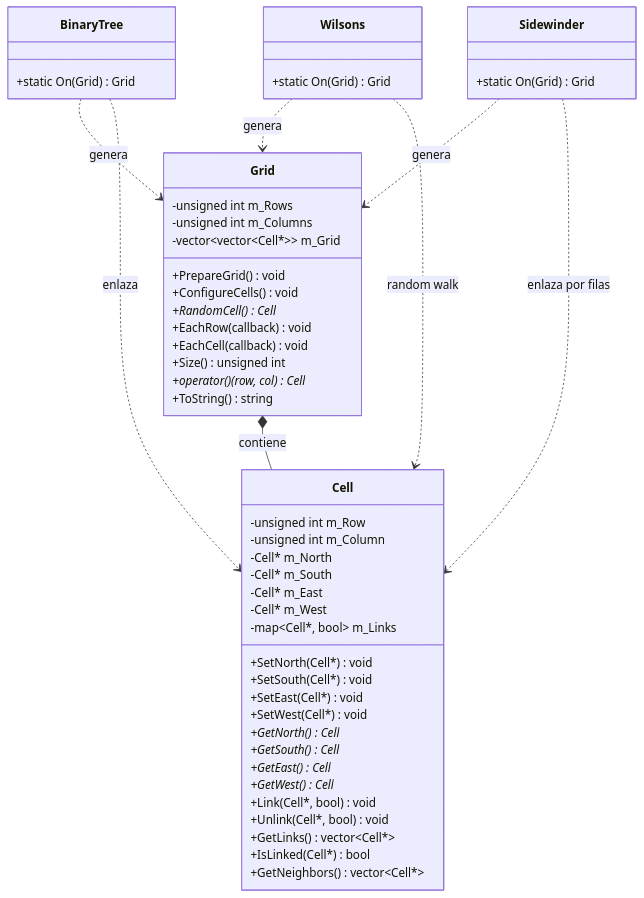
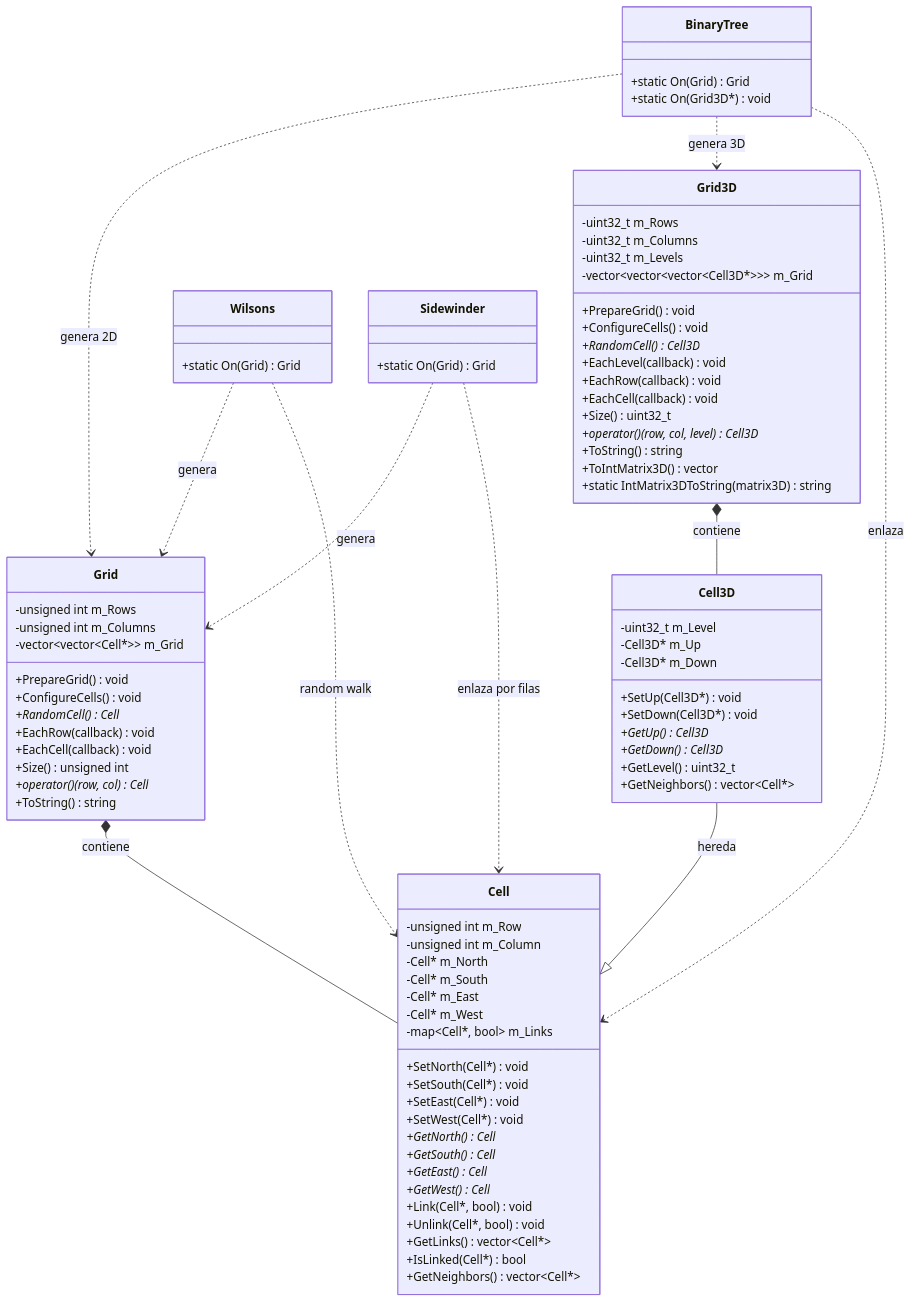
One commit to Tanque40/Lore changed the third of 7 diagrams in README.md. Above: the diagram before and after it, drawn with Mermaid. The commit also changed other lines of this file, not shown here.

Commit message:
Update README.md: Enhance engine description, add details on PerspectiveCamera and Grid3D, and clarify maze generation algorithms. Include new SVO module structure and class descriptions.

```diff
--- a/README.md
+++ b/README.md
@@ -493,6 +540,18 @@
         +GetNeighbors() vector~Cell*~
     }
 
+    class Cell3D {
+        -uint32_t m_Level
+        -Cell3D* m_Up
+        -Cell3D* m_Down
+        +SetUp(Cell3D*) void
+        +SetDown(Cell3D*) void
+        +GetUp() Cell3D*
+        +GetDown() Cell3D*
+        +GetLevel() uint32_t
+        +GetNeighbors() vector~Cell*~
+    }
+
     class Grid {
         -unsigned int m_Rows
         -unsigned int m_Columns
@@ -507,8 +566,27 @@
         +ToString() string
     }
 
+    class Grid3D {
+        -uint32_t m_Rows
+        -uint32_t m_Columns
+        -uint32_t m_Levels
+        -vector~vector~vector~Cell3D*~~~ m_Grid
+        +PrepareGrid() void
+        +ConfigureCells() void
+        +RandomCell() Cell3D*
+        +EachLevel(callback) void
+        +EachRow(callback) void
+        +EachCell(callback) void
+        +Size() uint32_t
+        +operator()(row, col, level) Cell3D*
+        +ToString() string
+        +ToIntMatrix3D() vector
+        +static IntMatrix3DToString(matrix3D) string
+    }
+
     class BinaryTree {
         +static On(Grid) Grid
+        +static On(Grid3D*) void
     }
 
     class Wilsons {
@@ -519,8 +597,11 @@
         +static On(Grid) Grid
     }
 
+    Cell3D --|> Cell : hereda
     Grid *-- Cell : contiene
-    BinaryTree ..> Grid : genera
+    Grid3D *-- Cell3D : contiene
+    BinaryTree ..> Grid : genera 2D
+    BinaryTree ..> Grid3D : genera 3D
     BinaryTree ..> Cell : enlaza
     Wilsons ..> Grid : genera
     Wilsons ..> Cell : random walk
```
